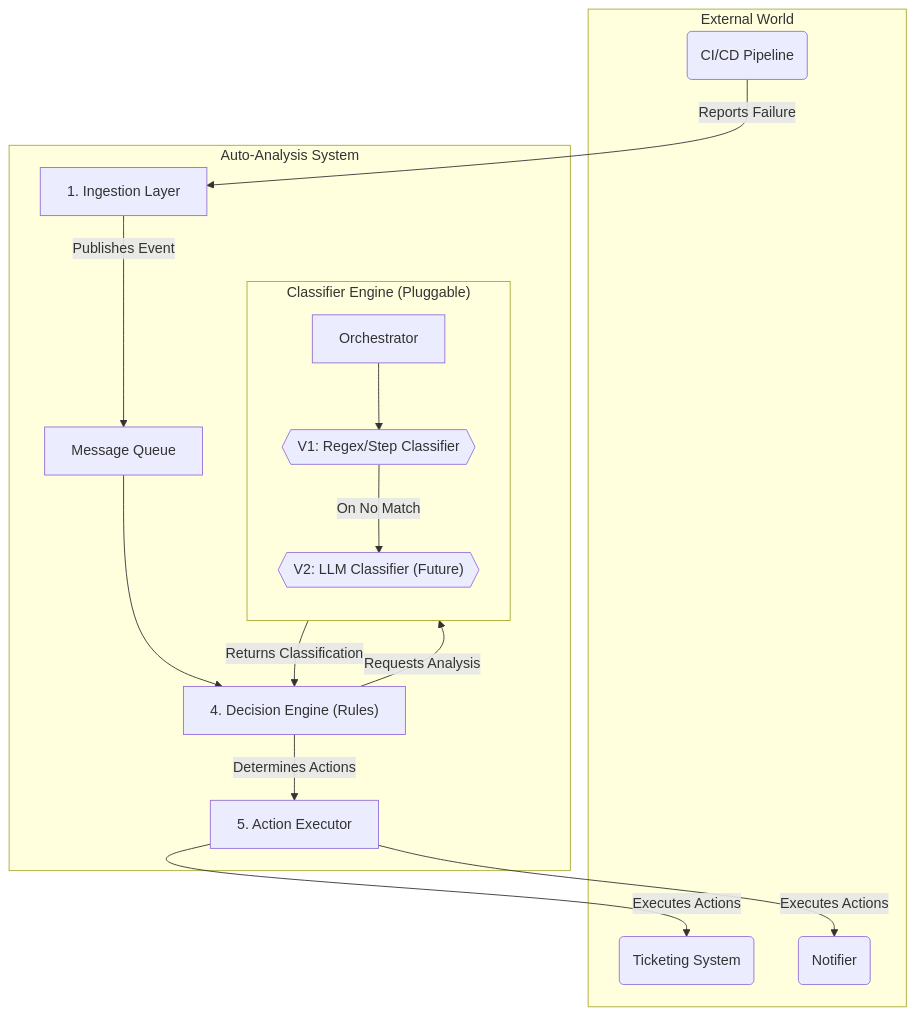
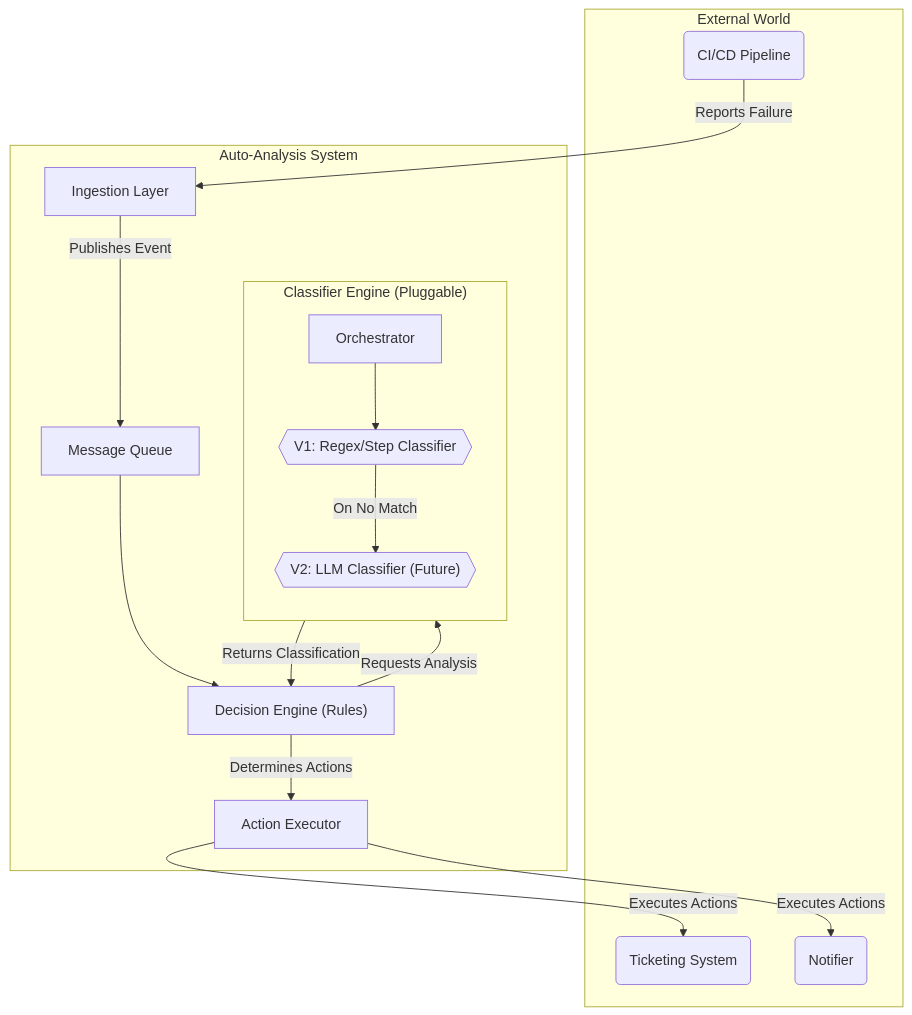
One commit to amastbau/test-analyser changed the diagram in README.md. Above: the diagram before and after it, drawn with Mermaid.

````diff
--- a/README.md
+++ b/README.md
@@ -29,34 +29,34 @@
 ```mermaid
 graph TD
     subgraph "External World"
         CICD("CI/CD Pipeline")
         Jira("Ticketing System")
         Slack("Notifier")
     end
 
     subgraph "Auto-Analysis System"
-        IngestionAPI["1. Ingestion Layer"]
+        IngestionAPI["Ingestion Layer"]
         MessageQueue["Message Queue"]
         
         subgraph "Classifier Engine (Pluggable)"
             direction TB
             ClassifierEngine["Orchestrator"]
             RegexClassifier{{"V1: Regex/Step Classifier"}}
             LLMClassifier{{"V2: LLM Classifier (Future)"}}
             ClassifierEngine --> RegexClassifier
             RegexClassifier -- "On No Match" --> LLMClassifier
         end
 
-        DecisionEngine["4. Decision Engine (Rules)"]
-        ActionExecutor["5. Action Executor"]
+        DecisionEngine["Decision Engine (Rules)"]
+        ActionExecutor["Action Executor"]
     end
 
     CICD -- "Reports Failure" --> IngestionAPI
     IngestionAPI -- "Publishes Event" --> MessageQueue
     MessageQueue --> DecisionEngine
     DecisionEngine -- "Requests Analysis" --> ClassifierEngine
     ClassifierEngine -- "Returns Classification" --> DecisionEngine
     DecisionEngine -- "Determines Actions" --> ActionExecutor
     ActionExecutor -- "Executes Actions" --> Jira
     ActionExecutor -- "Executes Actions" --> Slack
 ```
````
